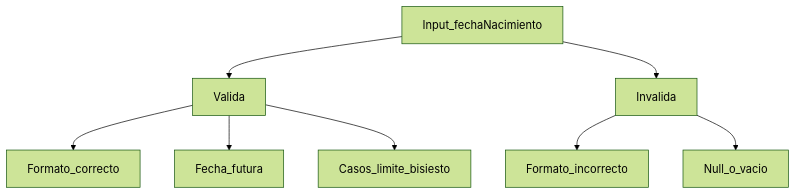
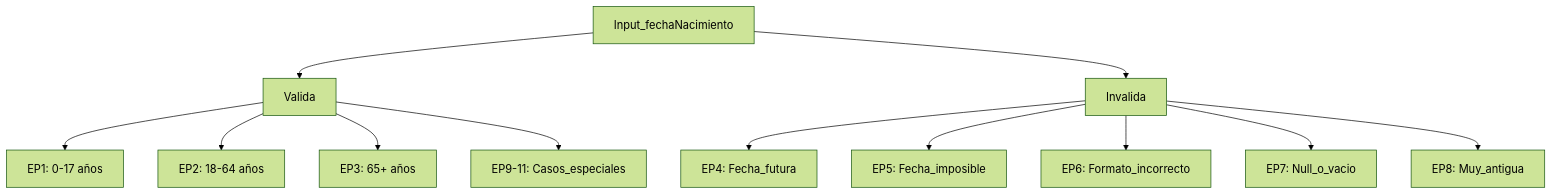
One commit to joshuacba08/qa-engineering-book changed the second of 5 diagrams in parte1-pensar-como-qa/02-diseno-de-tests.md. Above: the diagram before and after it, drawn with Mermaid (forest theme). The commit also changed other lines of this file, not shown here.

````diff
--- a/parte1-pensar-como-qa/02-diseno-de-tests.md
+++ b/parte1-pensar-como-qa/02-diseno-de-tests.md
@@ -115,11 +304,14 @@
 ```mermaid
 graph TD
     A[Input_fechaNacimiento] --> B[Valida]
     A --> C[Invalida]
-    B --> D[Formato_correcto]
-    B --> E[Fecha_futura]
-    C --> F[Formato_incorrecto]
-    C --> G[Null_o_vacio]
-    B --> H[Casos_limite_bisiesto]
-
+    B --> D[EP1: 0-17 años]
+    B --> E[EP2: 18-64 años]
+    B --> F[EP3: 65+ años]
+    C --> G[EP4: Fecha_futura]
+    C --> H[EP5: Fecha_imposible]
+    C --> I[EP6: Formato_incorrecto]
+    C --> J[EP7: Null_o_vacio]
+    C --> K[EP8: Muy_antigua]
+    B --> L[EP9-11: Casos_especiales]
 ```
````
